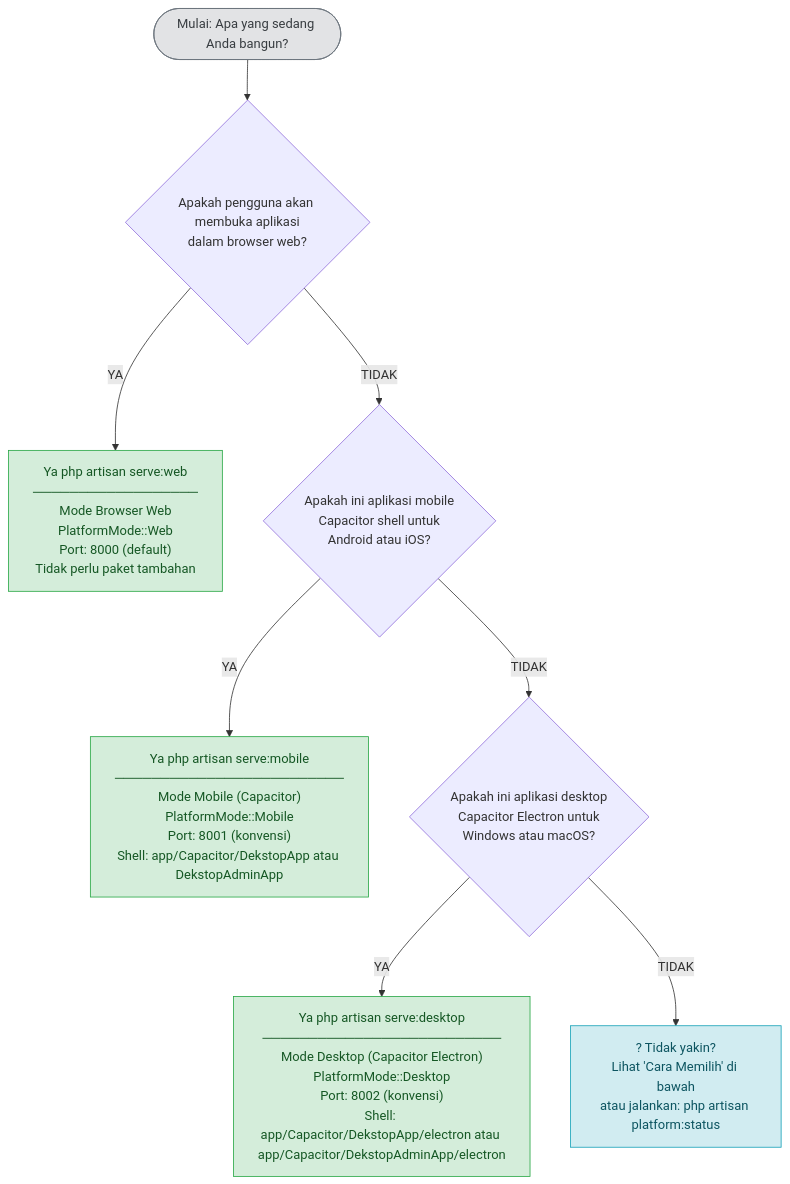
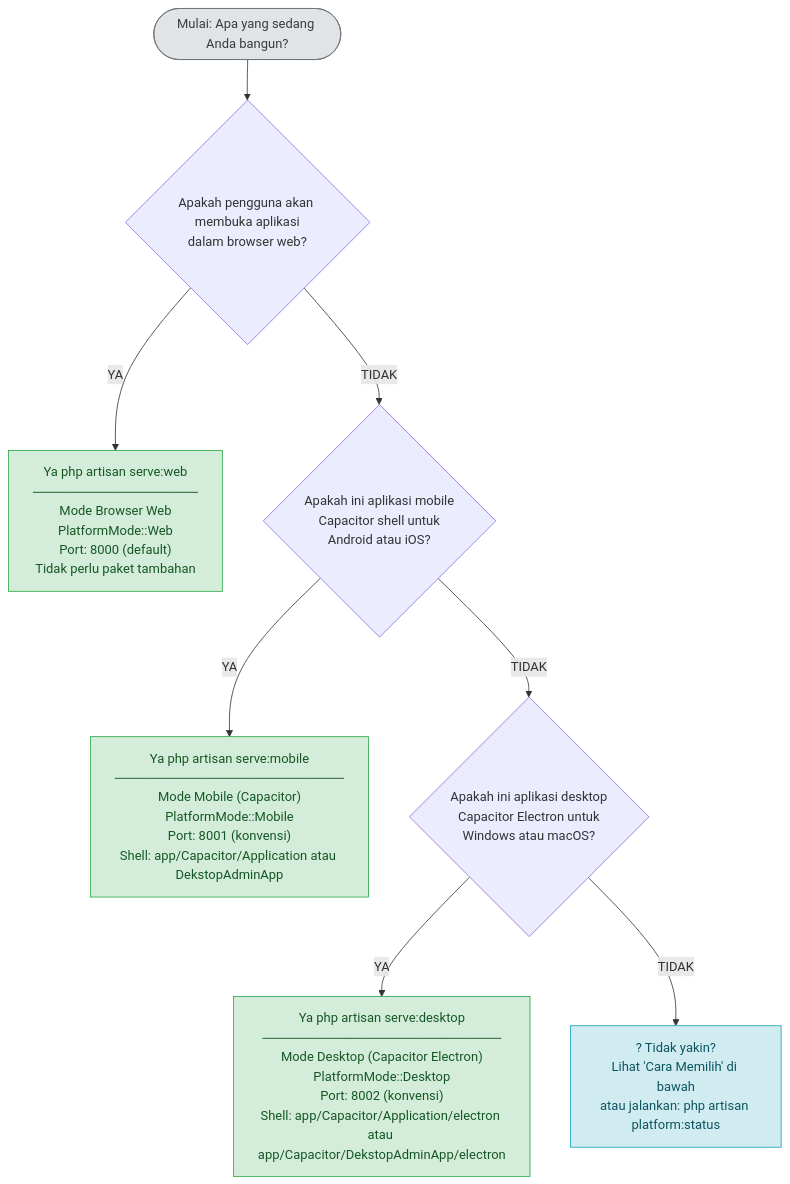
One commit to aanugerahahmadf/WebApp changed the diagram in docs/command-decision-tree/command-decision-tree.md. Above: the diagram before and after it, drawn with Mermaid. The commit also changed other lines of this file and 130 other files, not shown here.

Commit message:
chore: rename DekstopApp to Application and sync project files

````diff
--- a/docs/command-decision-tree/command-decision-tree.md
+++ b/docs/command-decision-tree/command-decision-tree.md
@@ -14,24 +14,24 @@
 ```mermaid
 flowchart TD
     START([Mulai: Apa yang sedang Anda bangun?])
 
     START --> Q1{Apakah pengguna akan membuka aplikasi\ndalam browser web?}
 
     Q1 -- YA --> WEB["Ya php artisan serve:web\n──────────────────\nMode Browser Web\nPlatformMode::Web\nPort: 8000 (default)\nTidak perlu paket tambahan"]
 
     Q1 -- TIDAK --> Q2{Apakah ini aplikasi mobile\nCapacitor shell untuk\nAndroid atau iOS?}
 
-    Q2 -- YA --> MOB["Ya php artisan serve:mobile\n─────────────────────────\nMode Mobile (Capacitor)\nPlatformMode::Mobile\nPort: 8001 (konvensi)\nShell: app/Capacitor/DekstopApp atau DekstopAdminApp"]
+    Q2 -- YA --> MOB["Ya php artisan serve:mobile\n─────────────────────────\nMode Mobile (Capacitor)\nPlatformMode::Mobile\nPort: 8001 (konvensi)\nShell: app/Capacitor/Application atau DekstopAdminApp"]
 
     Q2 -- TIDAK --> Q3{Apakah ini aplikasi desktop\nCapacitor Electron untuk\nWindows atau macOS?}
 
-    Q3 -- YA --> DESK["Ya php artisan serve:desktop\n──────────────────────────\nMode Desktop (Capacitor Electron)\nPlatformMode::Desktop\nPort: 8002 (konvensi)\nShell: app/Capacitor/DekstopApp/electron atau app/Capacitor/DekstopAdminApp/electron"]
+    Q3 -- YA --> DESK["Ya php artisan serve:desktop\n──────────────────────────\nMode Desktop (Capacitor Electron)\nPlatformMode::Desktop\nPort: 8002 (konvensi)\nShell: app/Capacitor/Application/electron atau app/Capacitor/DekstopAdminApp/electron"]
 
     Q3 -- TIDAK --> UNSURE["? Tidak yakin?\nLihat 'Cara Memilih' di bawah\natau jalankan: php artisan platform:status"]
 
     style WEB fill:#d4edda,stroke:#28a745,color:#155724
     style MOB fill:#d4edda,stroke:#28a745,color:#155724
     style DESK fill:#d4edda,stroke:#28a745,color:#155724
     style UNSURE fill:#d1ecf1,stroke:#17a2b8,color:#0c5460
     style START fill:#e2e3e5,stroke:#6c757d,color:#383d41
 ```
````
